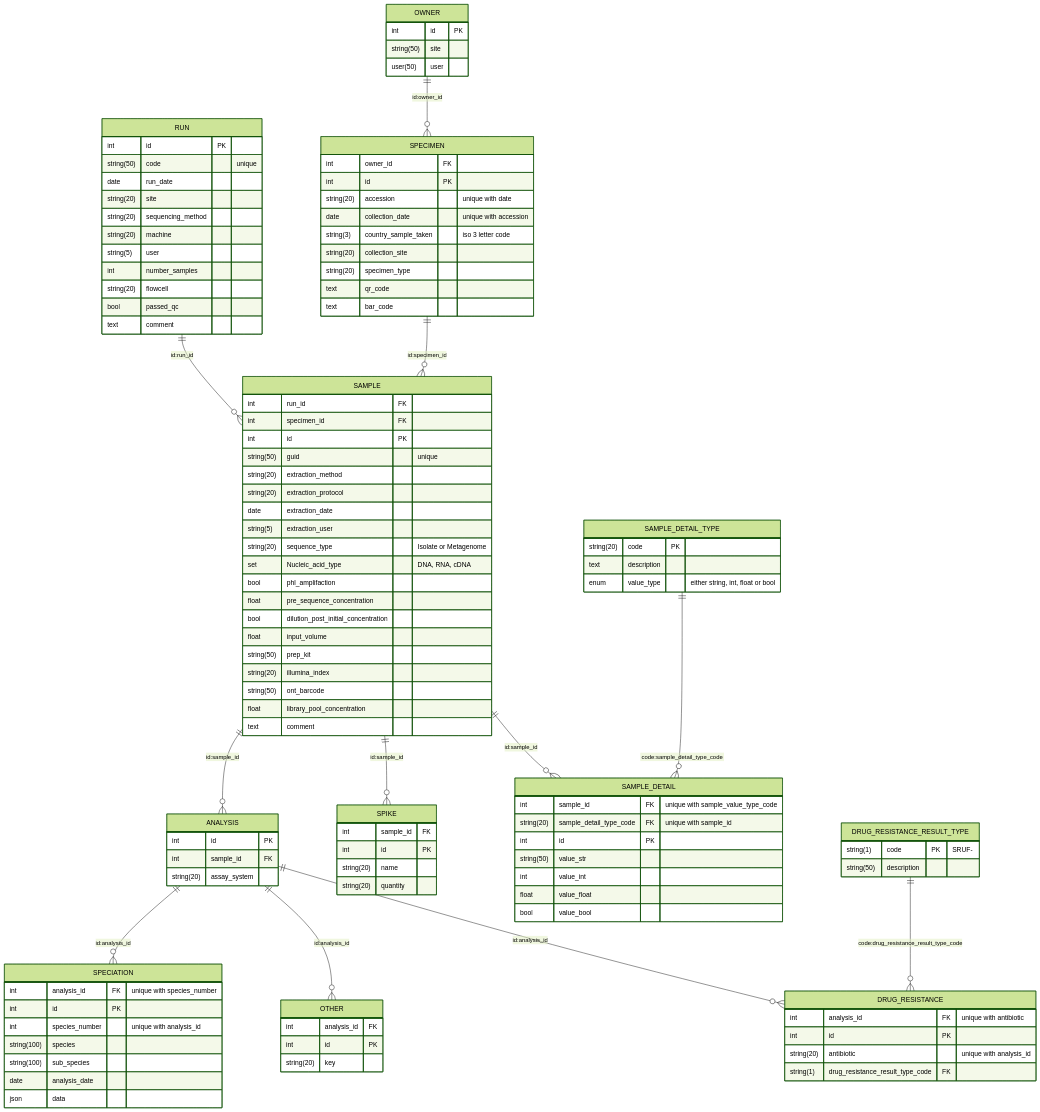
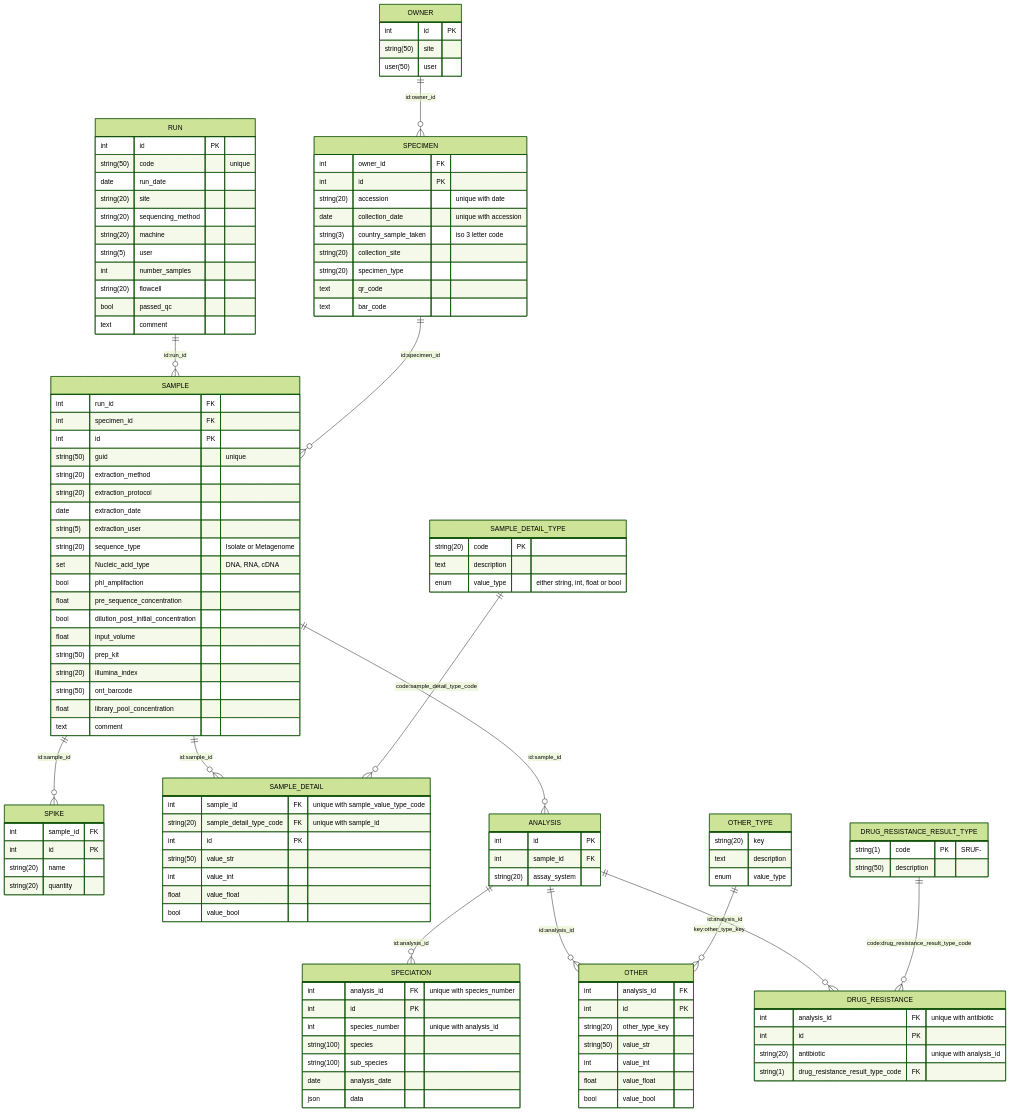
The diagram in docs/database-layout.md (oxfordmmm/gpas_local_db), drawn with Mermaid (forest theme) before and after one commit.

Commit message:
Added other_type table to constrain key in other table

```diff
--- a/docs/database-layout.md
+++ b/docs/database-layout.md
@@ -110,8 +110,17 @@
     OTHER {
         int analysis_id FK
         int id PK
+        string(20) other_type_key
+        string(50) value_str
+        int value_int
+        float value_float
+        bool value_bool
+    }
+
+    OTHER_TYPE {
         string(20) key
-
+        text description
+        enum value_type
     }
 
     RUN ||--o{ SAMPLE : "id:run_id"
@@ -121,6 +130,7 @@
     SAMPLE ||--o{ SPIKE : "id:sample_id"
     ANALYSIS ||--o{ SPECIATION : "id:analysis_id"
     ANALYSIS ||--o{ OTHER : "id:analysis_id"
+    OTHER_TYPE ||--o{ OTHER : "key:other_type_key"
     ANALYSIS ||--o{ DRUG_RESISTANCE : "id:analysis_id"
     DRUG_RESISTANCE_RESULT_TYPE ||--o{ DRUG_RESISTANCE : "code:drug_resistance_result_type_code"
     SAMPLE ||--o{ SAMPLE_DETAIL: "id:sample_id"
```
